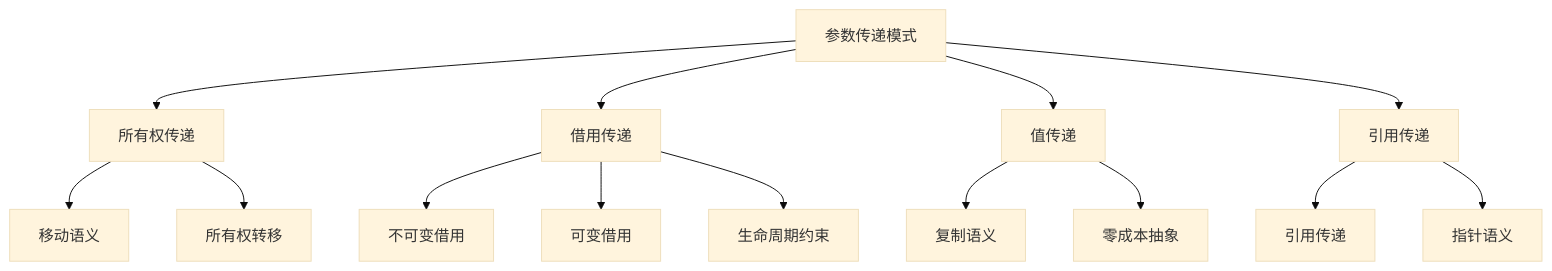
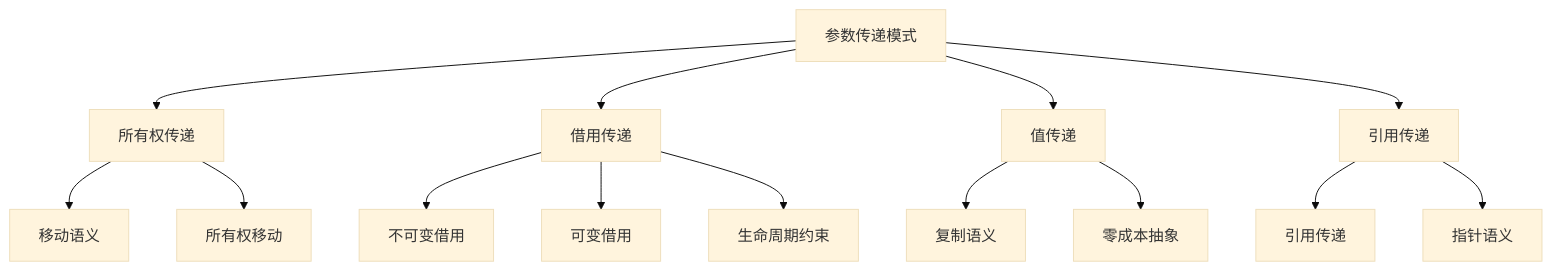
The diagram in formal_rust/refactor/01_core_theory/02_control_semantics/02_function_call_semantics/02_parameter_passing_semantics.md (martin-ly/rust-lang), drawn with Mermaid (base theme) before and after one commit. The commit also changed other lines of this file and 5740 other files, not shown here.

````diff
--- a/formal_rust/refactor/01_core_theory/02_control_semantics/02_function_call_semantics/02_parameter_passing_semantics.md
+++ b/formal_rust/refactor/01_core_theory/02_control_semantics/02_function_call_semantics/02_parameter_passing_semantics.md
@@ -130,20 +130,20 @@
 ```mermaid
 graph TD
     A[参数传递模式] --> B[所有权传递]
     A --> C[借用传递]
     A --> D[值传递]
     A --> E[引用传递]
     
     B --> B1[移动语义]
-    B --> B2[所有权转移]
+    B --> B2[所有权移动]
     
     C --> C1[不可变借用]
     C --> C2[可变借用]
     C --> C3[生命周期约束]
     
     D --> D1[复制语义]
     D --> D2[零成本抽象]
     
     E --> E1[引用传递]
     E --> E2[指针语义]
 ```
````
